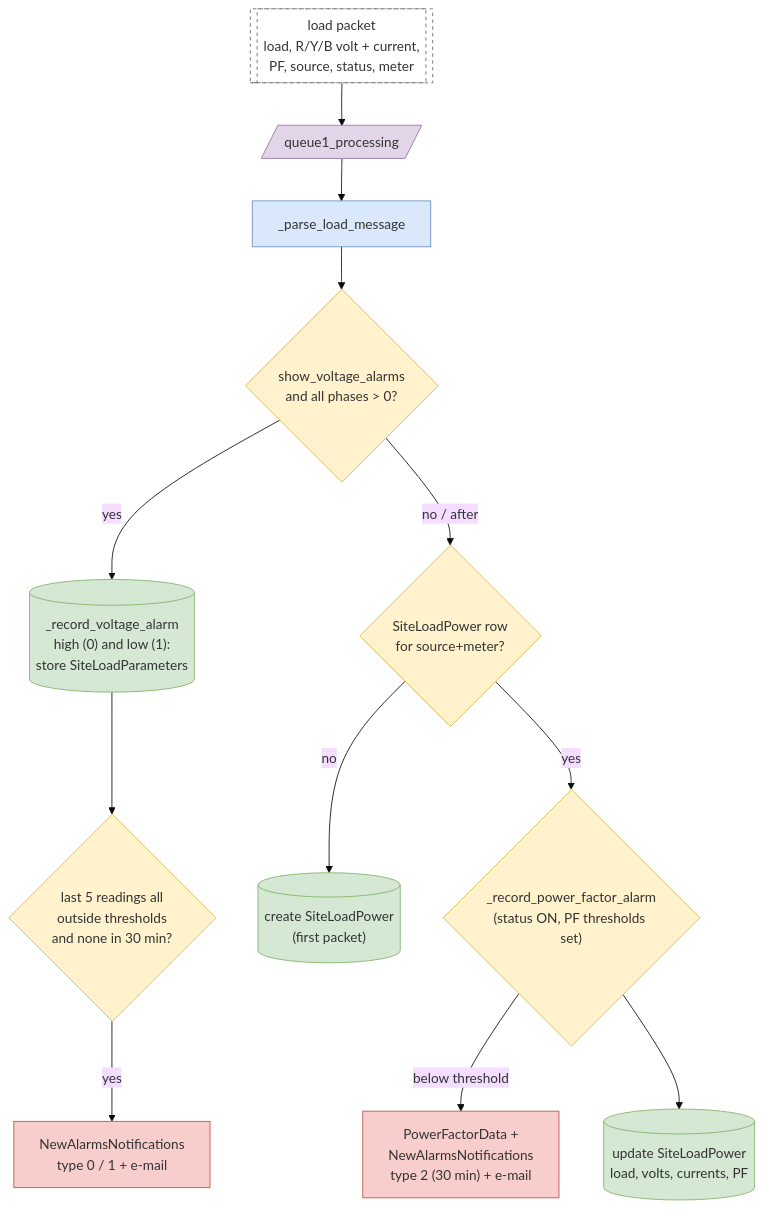
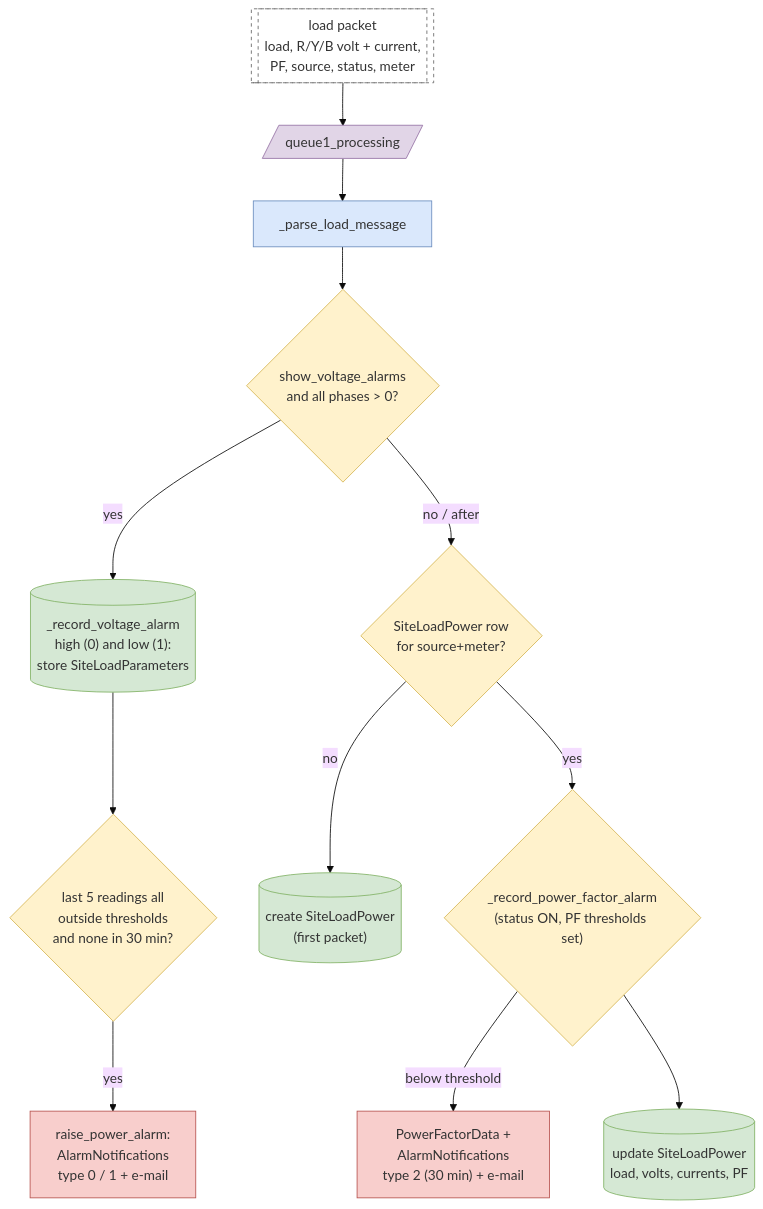
The seventh of 22 diagrams in docs/mqtt-flows/README.md (ashutoshdubey-aviconn/AVC-backend), drawn with Mermaid (base theme) before and after one commit. The commit also changed other lines of this file and 20 other files, not shown here.

First line of the commit message:
One alarm table: power / DG alarms move into AlarmNotifications

````diff
--- a/docs/mqtt-flows/README.md
+++ b/docs/mqtt-flows/README.md
@@ -561,38 +561,38 @@
 ```mermaid
 flowchart TD
     in[["load packet<br/>load, R/Y/B volt + current,<br/>PF, source, status, meter"]]
     q[/"queue1_processing"/]
     parse["_parse_load_message"]
     volt{"show_voltage_alarms<br/>and all phases > 0?"}
     vrec[("_record_voltage_alarm<br/>high (0) and low (1):<br/>store SiteLoadParameters")]
     v5{"last 5 readings all<br/>outside thresholds<br/>and none in 30 min?"}
-    valarm["NewAlarmsNotifications<br/>type 0 / 1 + e-mail"]
+    valarm["raise_power_alarm:<br/>AlarmNotifications<br/>type 0 / 1 + e-mail"]
     exists{"SiteLoadPower row<br/>for source+meter?"}
     new[("create SiteLoadPower<br/>(first packet)")]
     pf{"_record_power_factor_alarm<br/>(status ON, PF thresholds set)"}
-    pfrow["PowerFactorData +<br/>NewAlarmsNotifications<br/>type 2 (30 min) + e-mail"]
+    pfrow["PowerFactorData +<br/>AlarmNotifications<br/>type 2 (30 min) + e-mail"]
     upd[("update SiteLoadPower<br/>load, volts, currents, PF")]
     in --> q
     q --> parse
     parse --> volt
     volt -->|"yes"| vrec
     vrec --> v5
     v5 -->|"yes"| valarm
     volt -->|"no / after"| exists
     exists -->|"no"| new
     exists -->|"yes"| pf
     pf -->|"below threshold"| pfrow
     pf --> upd
     classDef decision fill:#fff2cc,stroke:#d6b656
     class volt,v5,exists,pf decision
     classDef db fill:#d5e8d4,stroke:#82b366
     class vrec,new,upd db
     classDef queue fill:#e1d5e7,stroke:#9673a6
     class q queue
     classDef alarm fill:#f8cecc,stroke:#b85450
     class valarm,pfrow alarm
     classDef ext fill:#ffffff,stroke:#666,stroke-dasharray:4
     class in ext
     classDef process fill:#dae8fc,stroke:#6c8ebf
     class parse process
 ```
````
